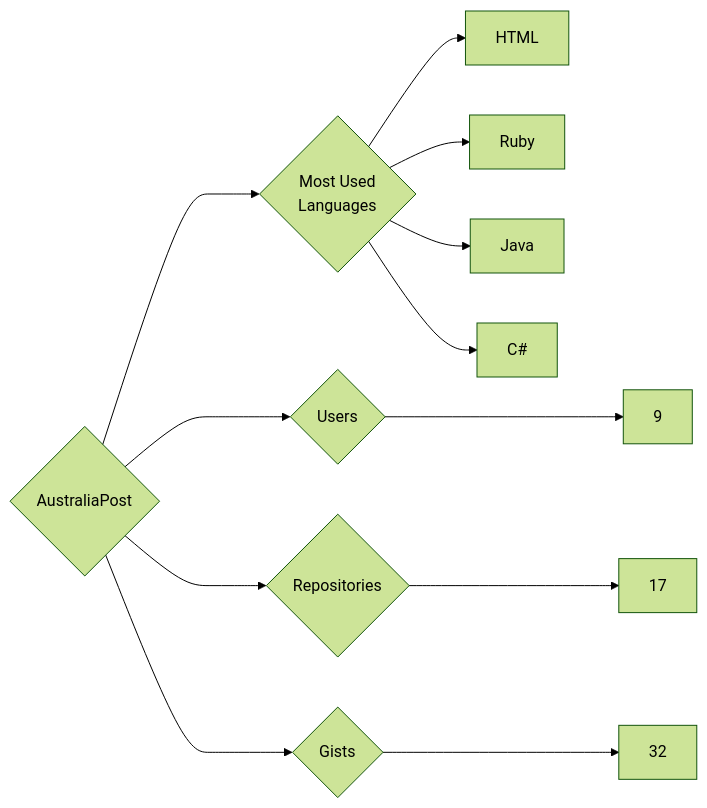
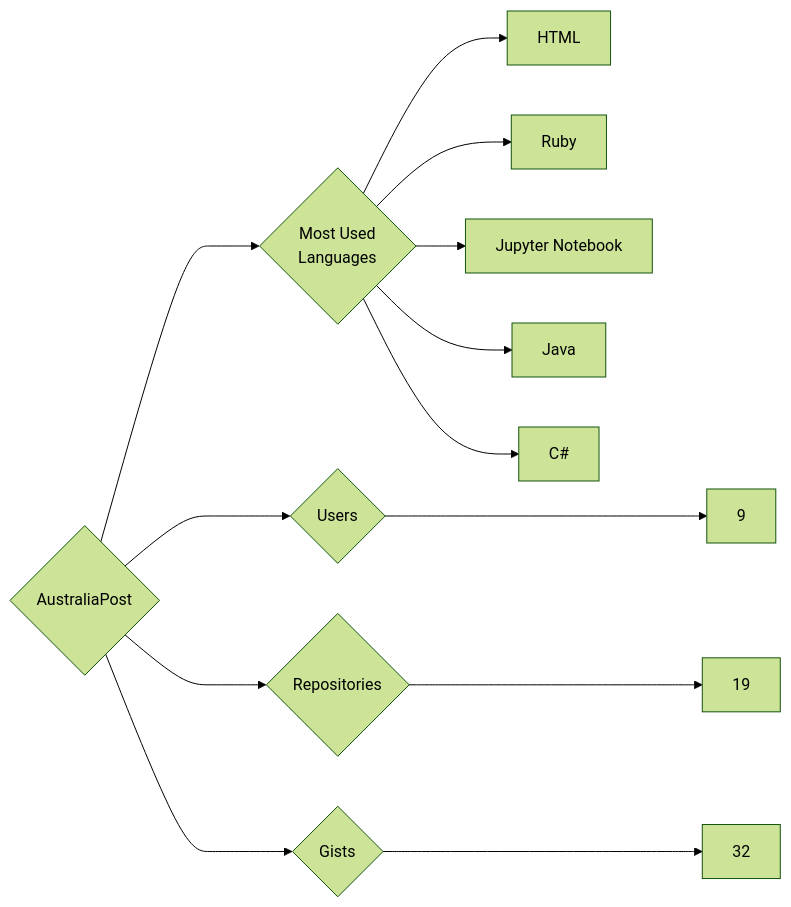
Before and after one commit to trickest/insiders: the diagram in targets/AustraliaPost/README.md, drawn with Mermaid (forest theme). The commit also changed 1123 other files, not shown here.

````diff
--- a/targets/AustraliaPost/README.md
+++ b/targets/AustraliaPost/README.md
@@ -3,12 +3,13 @@
 ```mermaid
 graph LR
 COMPANY_NAME{AustraliaPost}
 COMPANY_NAME ---> U{Users} ---> UN[9]
-COMPANY_NAME ---> R{Repositories} ---> RN[17]
+COMPANY_NAME ---> R{Repositories} ---> RN[19]
 COMPANY_NAME ---> G{Gists} ---> GN[32]
 COMPANY_NAME ---> ML{Most Used<br>Languages}
 ML --> HTML[HTML]
 ML --> Ruby[Ruby]
+ML --> Jupyter_Notebook[Jupyter Notebook]
 ML --> Java[Java]
 ML --> C#[C#]
 ```
````
